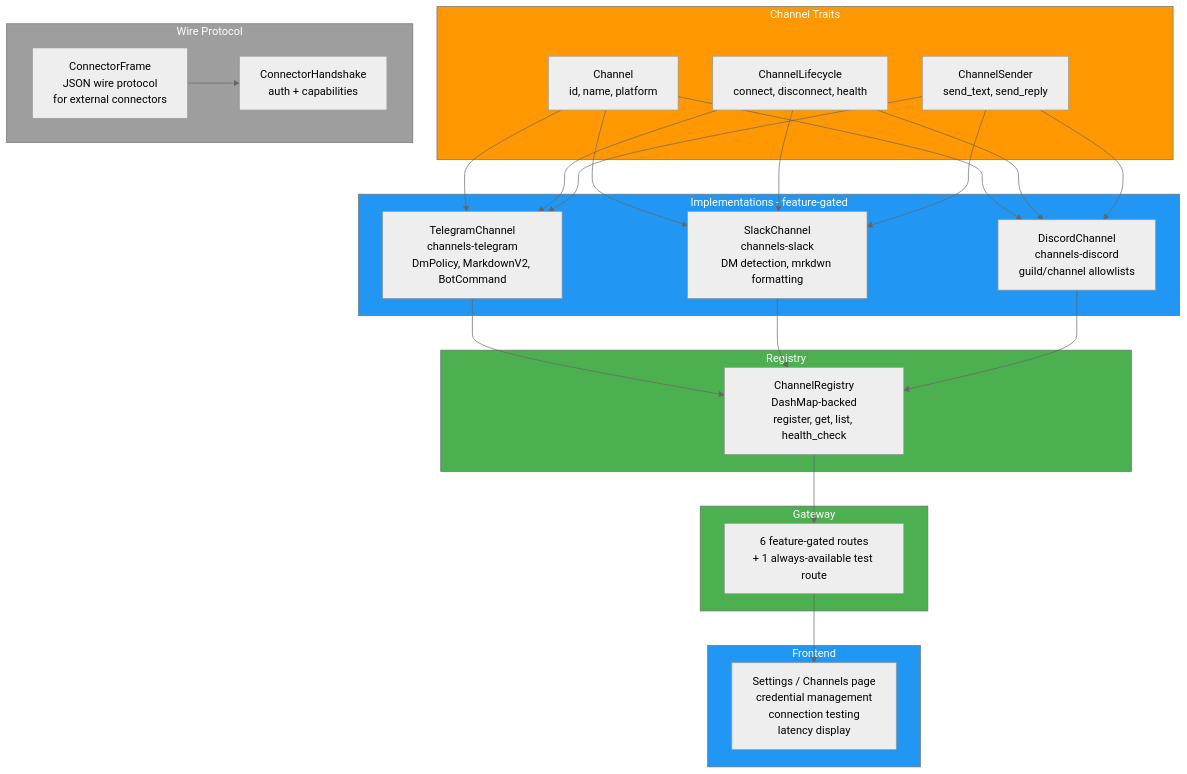
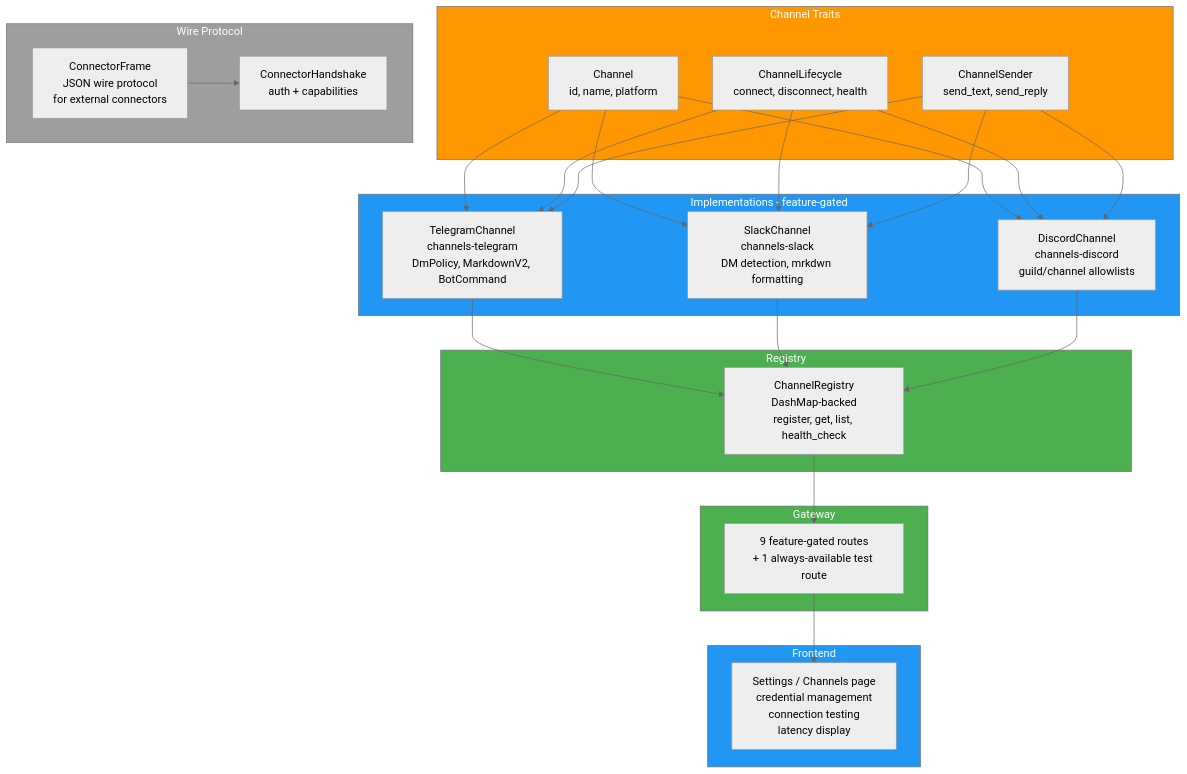
The eighth of 33 diagrams in docs-site/docs/architecture.md (sprklai/mesoclaw), drawn with Mermaid (neutral theme) before and after one commit. The commit also changed other lines of this file and 19 other files, not shown here.

````diff
--- a/docs-site/docs/architecture.md
+++ b/docs-site/docs/architecture.md
@@ -477,46 +478,46 @@
 ```mermaid
 graph TB
     subgraph ChTraits["Channel Traits"]
         ChTrait["Channel<br>id, name, platform"]
         LC["ChannelLifecycle<br>connect, disconnect, health"]
         CS["ChannelSender<br>send_text, send_reply"]
     end
 
     subgraph ChRegistry["Registry"]
         CR["ChannelRegistry<br>DashMap-backed<br>register, get, list, health_check"]
     end
 
     subgraph ChImpl["Implementations - feature-gated"]
         TG["TelegramChannel<br>channels-telegram<br>DmPolicy, MarkdownV2, BotCommand"]
         SL["SlackChannel<br>channels-slack<br>DM detection, mrkdwn formatting"]
         DC["DiscordChannel<br>channels-discord<br>guild/channel allowlists"]
     end
 
     subgraph WireProto["Wire Protocol"]
         CF["ConnectorFrame<br>JSON wire protocol<br>for external connectors"]
         HS["ConnectorHandshake<br>auth + capabilities"]
     end
 
     subgraph ChGateway["Gateway"]
-        Routes["6 feature-gated routes<br>+ 1 always-available test route"]
+        Routes["9 feature-gated routes<br>+ 1 always-available test route"]
     end
 
     subgraph ChFrontend["Frontend"]
         UI["Settings / Channels page<br>credential management<br>connection testing<br>latency display"]
     end
 
     ChTrait --> TG & SL & DC
     LC --> TG & SL & DC
     CS --> TG & SL & DC
     TG & SL & DC --> CR
     CR --> Routes
     Routes --> UI
     CF --> HS
 
     style ChTraits fill:#FF9800,color:#fff
     style ChRegistry fill:#4CAF50,color:#fff
     style ChImpl fill:#2196F3,color:#fff
     style WireProto fill:#9E9E9E,color:#fff
     style ChGateway fill:#4CAF50,color:#fff
     style ChFrontend fill:#2196F3,color:#fff
 ```
````
